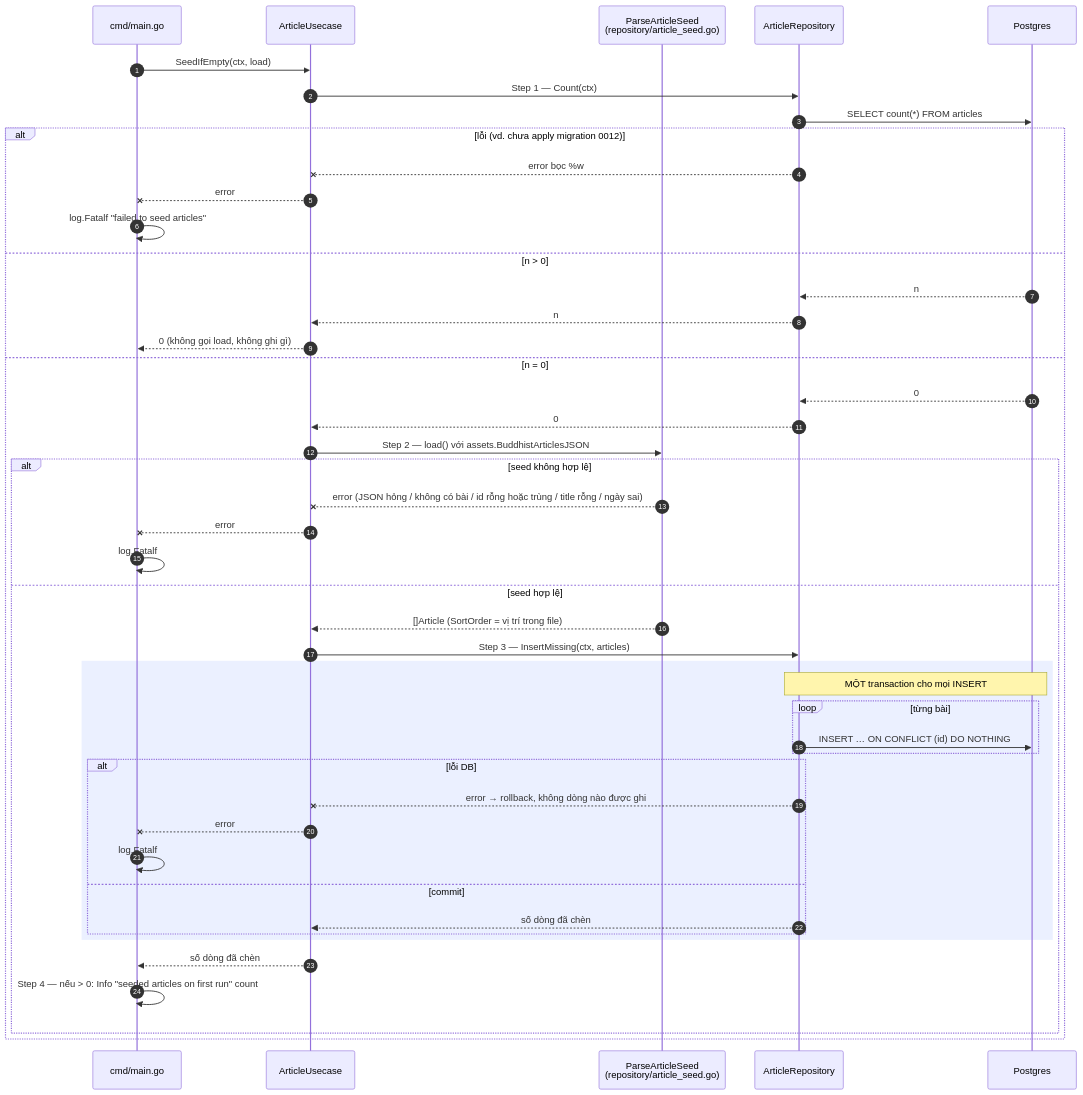
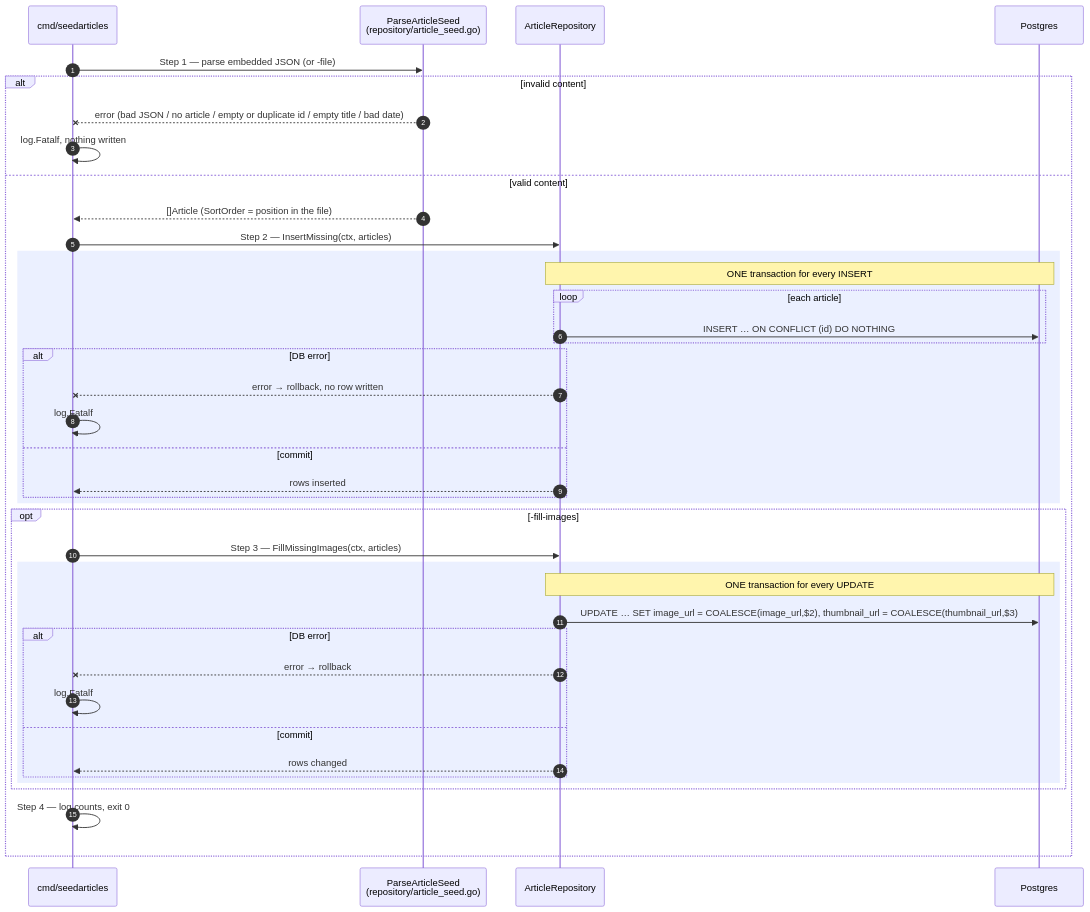
The third of 3 diagrams in docs/specs/features/article/flow.md (chjpcojit/innerlamp-be), drawn with Mermaid before and after one commit. The commit also changed other lines of this file and 4 other files, not shown here.

````diff
--- a/docs/specs/features/article/flow.md
+++ b/docs/specs/features/article/flow.md
@@ -55,49 +95,43 @@
 ```mermaid
 sequenceDiagram
     autonumber
-    participant M as cmd/main.go
-    participant U as ArticleUsecase
+    participant M as cmd/seedarticles
     participant P as ParseArticleSeed<br/>(repository/article_seed.go)
     participant R as ArticleRepository
     participant DB as Postgres
 
-    M->>U: SeedIfEmpty(ctx, load)
-    U->>R: Step 1 — Count(ctx)
-    R->>DB: SELECT count(*) FROM articles
-    alt lỗi (vd. chưa apply migration 0012)
-        R--xU: error bọc %w
-        U--xM: error
-        M->>M: log.Fatalf "failed to seed articles"
-    else n > 0
-        DB-->>R: n
-        R-->>U: n
-        U-->>M: 0 (không gọi load, không ghi gì)
-    else n = 0
-        DB-->>R: 0
-        R-->>U: 0
-        U->>P: Step 2 — load() với assets.BuddhistArticlesJSON
-        alt seed không hợp lệ
-            P--xU: error (JSON hỏng / không có bài / id rỗng hoặc trùng / title rỗng / ngày sai)
-            U--xM: error
-            M->>M: log.Fatalf
-        else seed hợp lệ
-            P-->>U: []Article (SortOrder = vị trí trong file)
-            U->>R: Step 3 — InsertMissing(ctx, articles)
+    M->>P: Step 1 — parse embedded JSON (or -file)
+    alt invalid content
+        P--xM: error (bad JSON / no article / empty or duplicate id / empty title / bad date)
+        M->>M: log.Fatalf, nothing written
+    else valid content
+        P-->>M: []Article (SortOrder = position in the file)
+        M->>R: Step 2 — InsertMissing(ctx, articles)
+        rect rgb(235, 240, 255)
+            Note over R,DB: ONE transaction for every INSERT
+            loop each article
+                R->>DB: INSERT … ON CONFLICT (id) DO NOTHING
+            end
+            alt DB error
+                R--xM: error → rollback, no row written
+                M->>M: log.Fatalf
+            else commit
+                R-->>M: rows inserted
+            end
+        end
+        opt -fill-images
+            M->>R: Step 3 — FillMissingImages(ctx, articles)
             rect rgb(235, 240, 255)
-                Note over R,DB: MỘT transaction cho mọi INSERT
-                loop từng bài
-                    R->>DB: INSERT … ON CONFLICT (id) DO NOTHING
-                end
-                alt lỗi DB
-                    R--xU: error → rollback, không dòng nào được ghi
-                    U--xM: error
+                Note over R,DB: ONE transaction for every UPDATE
+                R->>DB: UPDATE … SET image_url = COALESCE(image_url,$2), thumbnail_url = COALESCE(thumbnail_url,$3)
+                alt DB error
+                    R--xM: error → rollback
                     M->>M: log.Fatalf
                 else commit
-                    R-->>U: số dòng đã chèn
+                    R-->>M: rows changed
                 end
             end
-            U-->>M: số dòng đã chèn
-            M->>M: Step 4 — nếu > 0: Info "seeded articles on first run" count
         end
+        M->>M: Step 4 — log counts, exit 0
     end
 ```
````
